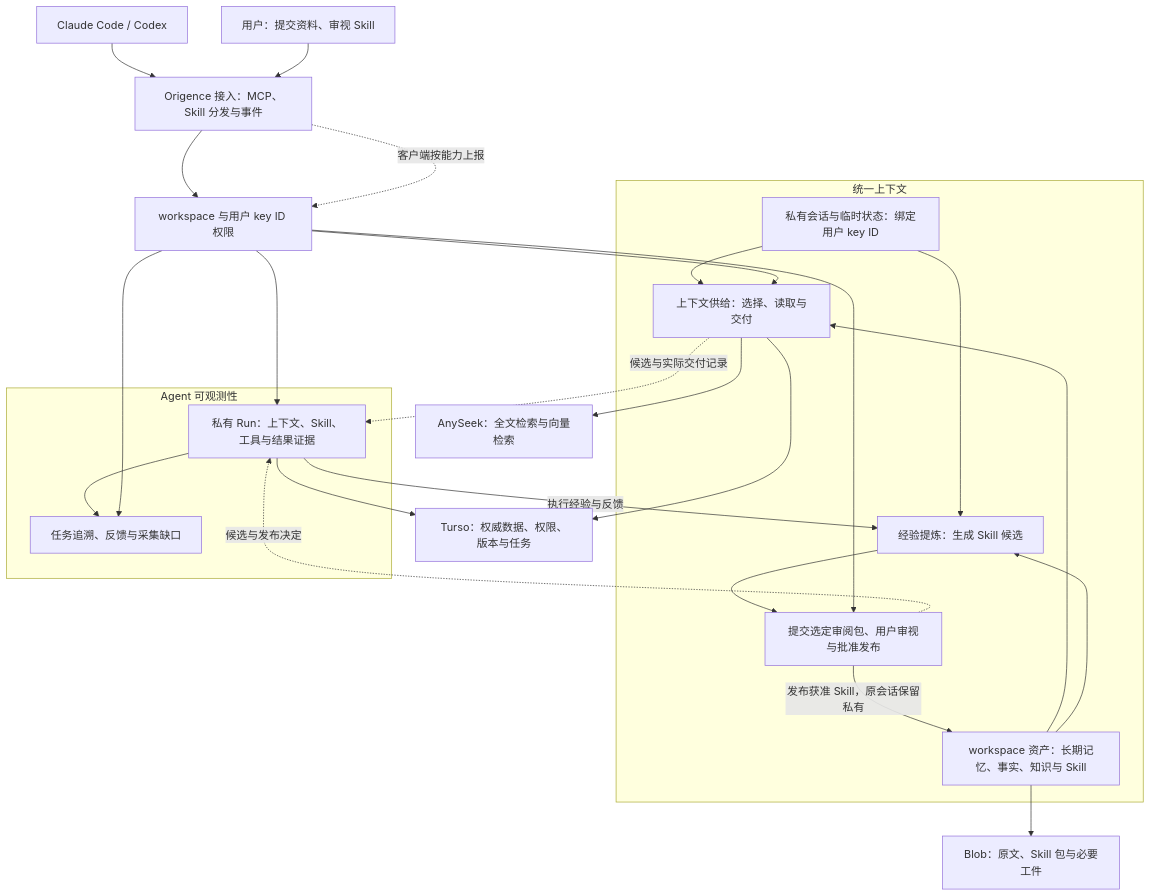
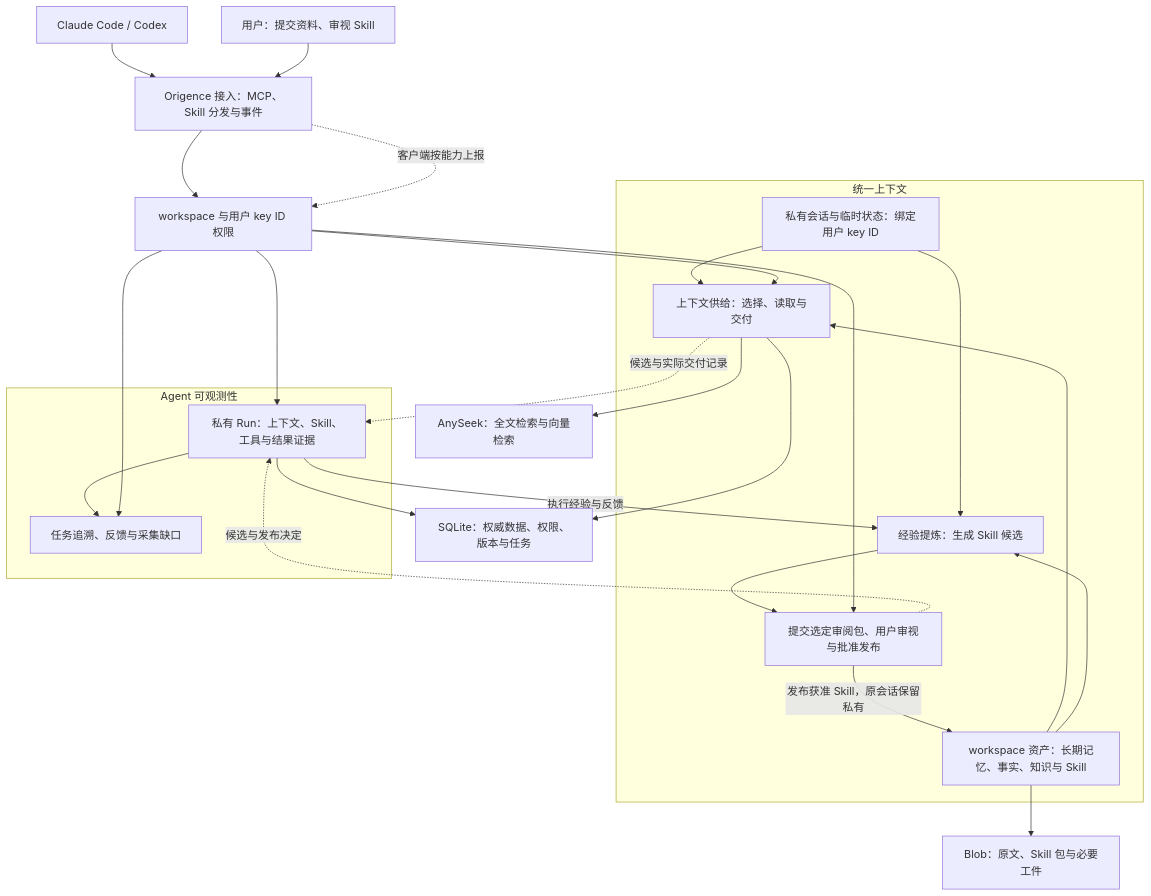
Before and after one commit to TheLudlows/Origence: the first of 2 diagrams in docs/design/agent-data-foundation.md, drawn with Mermaid. The commit also changed other lines of this file and 96 other files, not shown here.

Commit message:
refactor(storage): replace Turso with bundled SQLite and trim metadata

````diff
--- a/docs/design/agent-data-foundation.md
+++ b/docs/design/agent-data-foundation.md
@@ -30,36 +30,36 @@
 ```mermaid
 flowchart TB
     CLIENT[Claude Code / Codex] --> ACCESS[Origence 接入：MCP、Skill 分发与事件]
     USER[用户：提交资料、审视 Skill] --> ACCESS
     ACCESS --> AUTH[workspace 与用户 key ID 权限]
     subgraph CONTEXT[统一上下文]
         PRIVATE[私有会话与临时状态：绑定用户 key ID]
         ASSET[workspace 资产：长期记忆、事实、知识与 Skill]
         SERVE[上下文供给：选择、读取与交付]
         LEARN[经验提炼：生成 Skill 候选]
         REVIEW[提交选定审阅包、用户审视与批准发布]
         ASSET --> SERVE
         ASSET --> LEARN
         PRIVATE --> SERVE
         PRIVATE --> LEARN
         LEARN --> REVIEW
         REVIEW -->|发布获准 Skill，原会话保留私有| ASSET
     end
     AUTH --> SERVE
     AUTH --> REVIEW
     SERVE --> SEARCH[AnySeek：全文检索与向量检索]
-    SERVE --> STORE[Turso：权威数据、权限、版本与任务]
+    SERVE --> STORE[SQLite：权威数据、权限、版本与任务]
     ASSET --> BLOB[Blob：原文、Skill 包与必要工件]
     subgraph OBS[Agent 可观测性]
         RUN[私有 Run：上下文、Skill、工具与结果证据]
         VIEW[任务追溯、反馈与采集缺口]
         RUN --> VIEW
     end
     AUTH --> RUN
     AUTH --> VIEW
     SERVE -. 候选与实际交付记录 .-> RUN
     REVIEW -. 候选与发布决定 .-> RUN
     ACCESS -. 客户端按能力上报 .-> AUTH
     RUN -->|执行经验与反馈| LEARN
     RUN --> STORE
 ```
````
